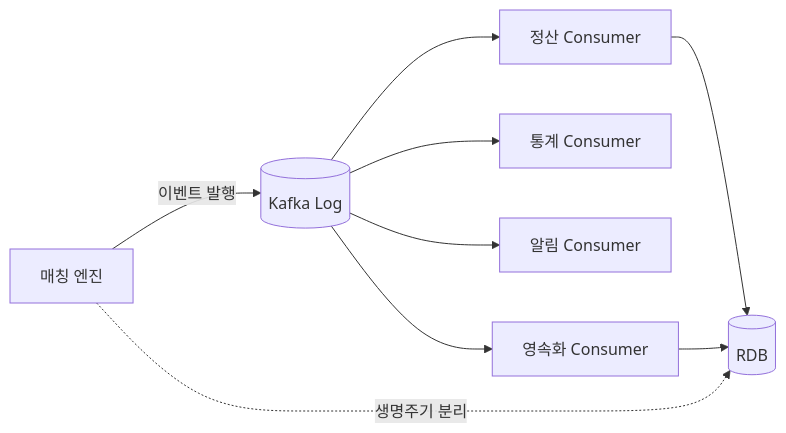
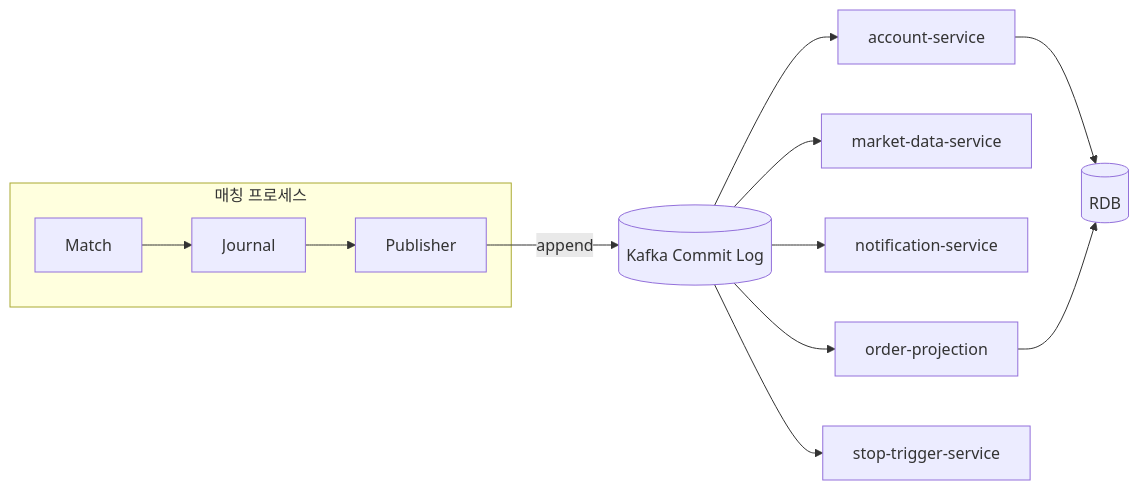
One commit to YBSeok/SnapTrade changed the second of 3 diagrams in README.md. Above: the diagram before and after it, drawn with Mermaid. The commit also changed other lines of this file, not shown here.

````diff
--- a/README.md
+++ b/README.md
@@ -69,14 +69,18 @@
 ```mermaid
 flowchart LR
-    Eng[매칭 엔진] -->|이벤트 발행| Kafka[(Kafka Log)]
+    subgraph Engine["매칭 프로세스"]
+        M[Match] --> J[Journal]
+        J --> P[Publisher]
+    end
 
-    Kafka --> Settle[정산 Consumer]
-    Kafka --> Stats[통계 Consumer]
-    Kafka --> Noti[알림 Consumer]
-    Kafka --> Persist[영속화 Consumer]
+    P -->|append| Kafka[(Kafka Commit Log)]
 
-    Settle --> DB[(RDB)]
-    Persist --> DB
+    Kafka --> G1[account-service]
+    Kafka --> G2[market-data-service]
+    Kafka --> G3[notification-service]
+    Kafka --> G4[order-projection]
+    Kafka --> G5[stop-trigger-service]
 
-    Eng -.->|생명주기 분리| DB
+    G1 --> RDB[(RDB)]
+    G4 --> RDB
 ```
````
